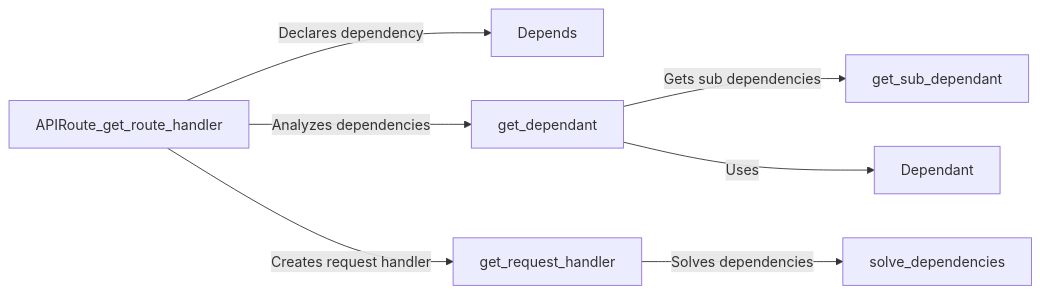
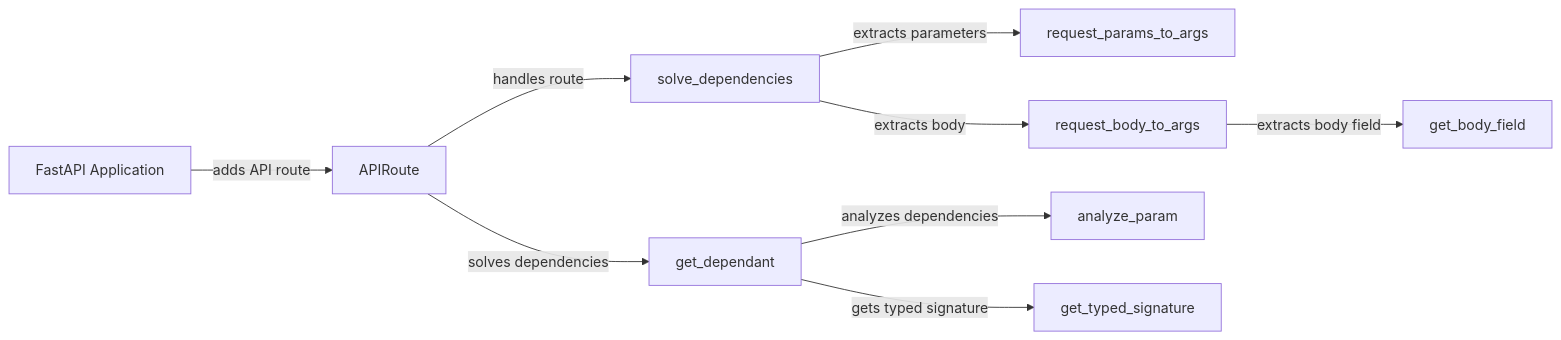
Before and after one commit to CodeBoarding/GeneratedOnBoardings: the diagram in fastapi/Dependency Injection.md, drawn with Mermaid. The commit also changed other lines of this file and 15 other files, not shown here.

````diff
--- a/fastapi/Dependency Injection.md
+++ b/fastapi/Dependency Injection.md
@@ -1,15 +1,20 @@
 ```mermaid
 graph LR
-    Depends["Depends"]
+    FastAPI_Application["FastAPI Application"]
+    APIRoute["APIRoute"]
     get_dependant["get_dependant"]
-    get_sub_dependant["get_sub_dependant"]
     solve_dependencies["solve_dependencies"]
-    get_request_handler["get_request_handler"]
-    Dependant["Dependant"]
-    APIRoute_get_route_handler -- "Declares dependency" --> Depends
-    APIRoute_get_route_handler -- "Analyzes dependencies" --> get_dependant
-    get_dependant -- "Gets sub dependencies" --> get_sub_dependant
-    get_request_handler -- "Solves dependencies" --> solve_dependencies
-    APIRoute_get_route_handler -- "Creates request handler" --> get_request_handler
-    get_dependant -- "Uses" --> Dependant
+    request_params_to_args["request_params_to_args"]
+    request_body_to_args["request_body_to_args"]
+    get_body_field["get_body_field"]
+    analyze_param["analyze_param"]
+    get_typed_signature["get_typed_signature"]
+    FastAPI_Application -- "adds API route" --> APIRoute
+    APIRoute -- "handles route" --> solve_dependencies
+    APIRoute -- "solves dependencies" --> get_dependant
+    get_dependant -- "analyzes dependencies" --> analyze_param
+    get_dependant -- "gets typed signature" --> get_typed_signature
+    solve_dependencies -- "extracts parameters" --> request_params_to_args
+    solve_dependencies -- "extracts body" --> request_body_to_args
+    request_body_to_args -- "extracts body field" --> get_body_field
 ```
````
